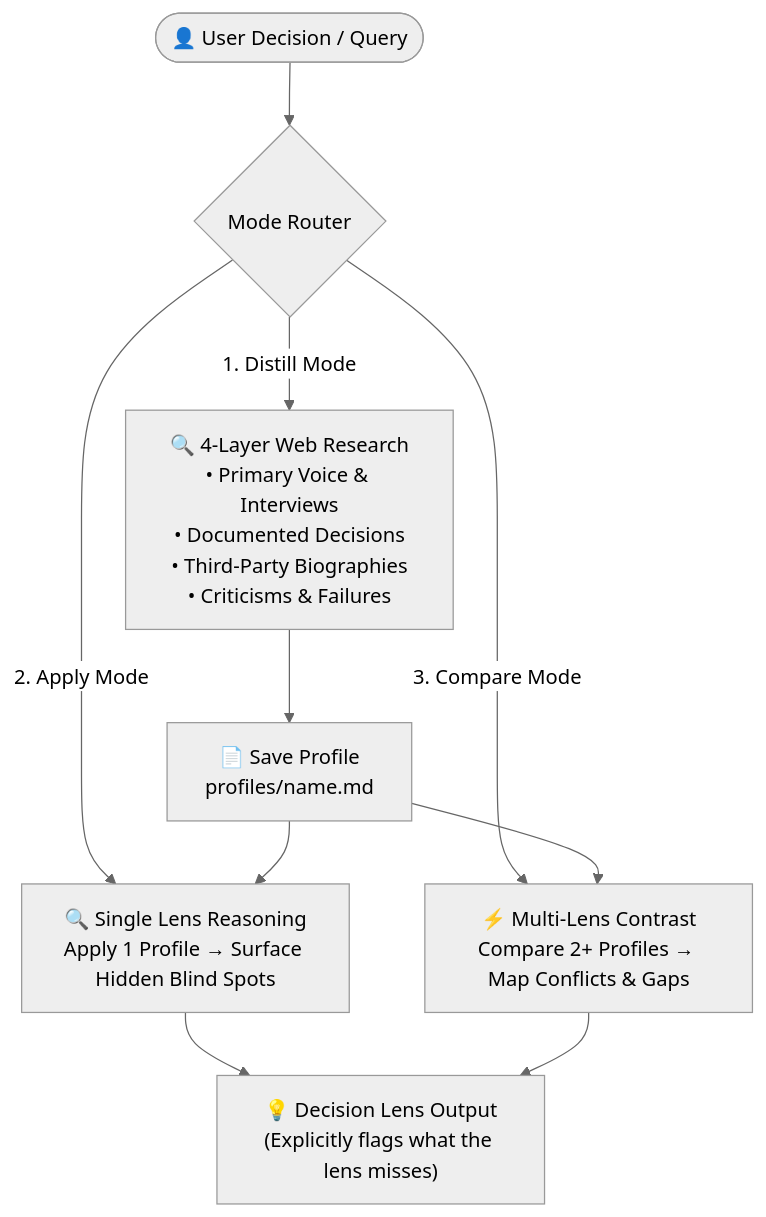
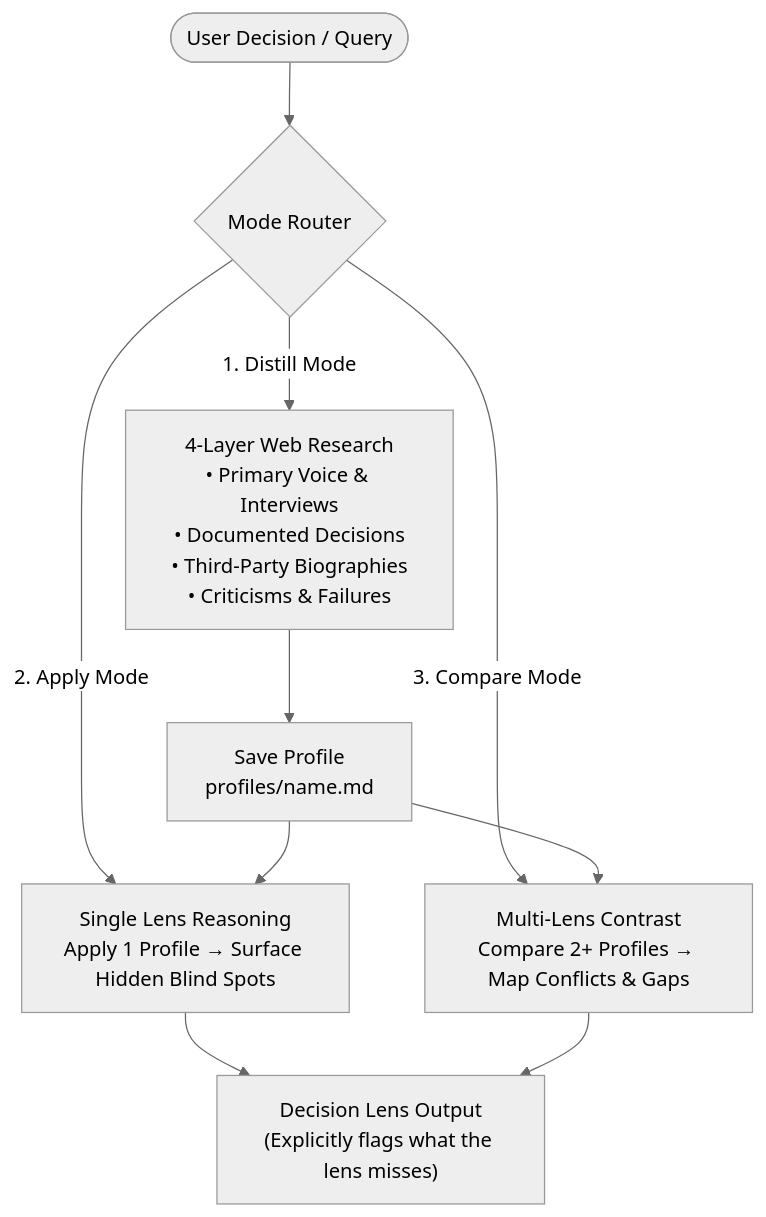
Before and after one commit to DOTfei/borrowed-brain-pro: the diagram in README.md, drawn with Mermaid (neutral theme). The commit also changed other lines of this file and 1 other file, not shown here.

````diff
--- a/README.md
+++ b/README.md
@@ -30,17 +30,17 @@
 ```mermaid
 flowchart TD
-    User(["👤 User Decision / Query"]) --> Router{"Mode Router"}
+    User(["User Decision / Query"]) --> Router{"Mode Router"}
 
-    Router -->|1. Distill Mode| Distill["🔍 4-Layer Web Research\n• Primary Voice & Interviews\n• Documented Decisions\n• Third-Party Biographies\n• Criticisms & Failures"]
-    Distill --> Save["📄 Save Profile\nprofiles/name.md"]
+    Router -->|1. Distill Mode| Distill["4-Layer Web Research\n• Primary Voice & Interviews\n• Documented Decisions\n• Third-Party Biographies\n• Criticisms & Failures"]
+    Distill --> Save["Save Profile\nprofiles/name.md"]
 
-    Router -->|2. Apply Mode| Apply["🔍 Single Lens Reasoning\nApply 1 Profile → Surface Hidden Blind Spots"]
+    Router -->|2. Apply Mode| Apply["Single Lens Reasoning\nApply 1 Profile → Surface Hidden Blind Spots"]
 
-    Router -->|3. Compare Mode| Compare["⚡ Multi-Lens Contrast\nCompare 2+ Profiles → Map Conflicts & Gaps"]
+    Router -->|3. Compare Mode| Compare["Multi-Lens Contrast\nCompare 2+ Profiles → Map Conflicts & Gaps"]
 
     Save --> Apply
     Save --> Compare
 
-    Apply --> Output["💡 Decision Lens Output\n(Explicitly flags what the lens misses)"]
+    Apply --> Output["Decision Lens Output\n(Explicitly flags what the lens misses)"]
     Compare --> Output
 ```
````
